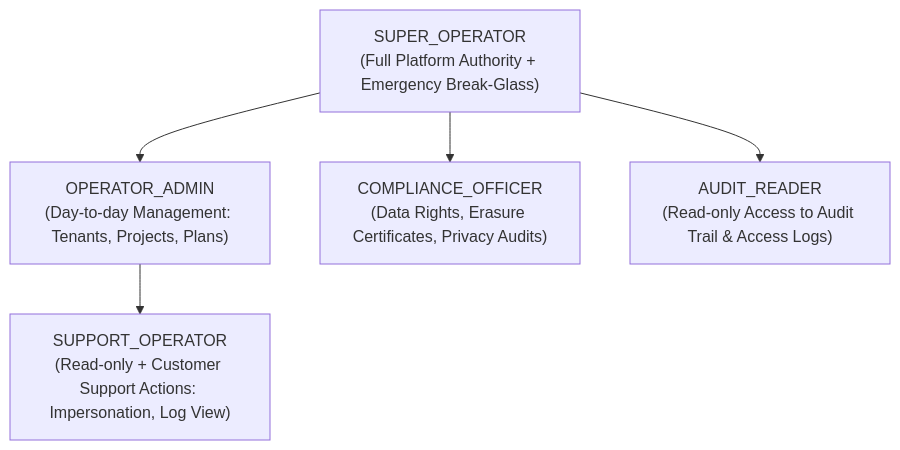
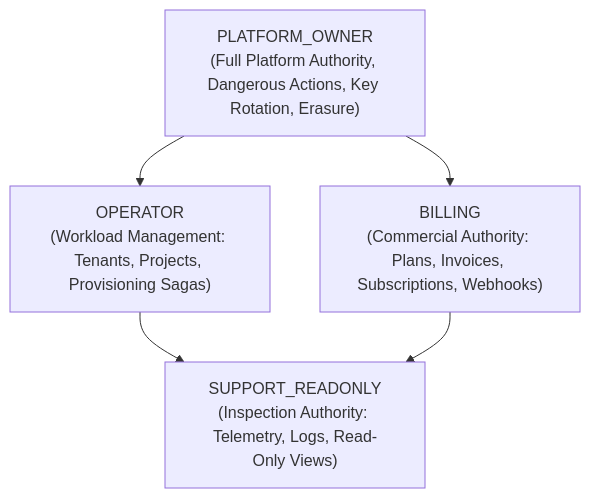
One commit to Nikhil-ig/OrbitoX-Platform changed the diagram in docs/ui-reset/phase-7c/06_PERMISSION_AND_SECURITY_MATRIX.md. Above: the diagram before and after it, drawn with Mermaid. The commit also changed other lines of this file and 9 other files, not shown here.

````diff
--- a/docs/ui-reset/phase-7c/06_PERMISSION_AND_SECURITY_MATRIX.md
+++ b/docs/ui-reset/phase-7c/06_PERMISSION_AND_SECURITY_MATRIX.md
@@ -15,13 +15,12 @@
 ```mermaid
 graph TD
-    SUPER["SUPER_OPERATOR\n(Full Platform Authority + Emergency Break-Glass)"]
-    OP_ADMIN["OPERATOR_ADMIN\n(Day-to-day Management: Tenants, Projects, Plans)"]
-    SUPPORT["SUPPORT_OPERATOR\n(Read-only + Customer Support Actions: Impersonation, Log View)"]
-    COMPLIANCE["COMPLIANCE_OFFICER\n(Data Rights, Erasure Certificates, Privacy Audits)"]
-    AUDIT_READ["AUDIT_READER\n(Read-only Access to Audit Trail & Access Logs)"]
+    OWNER["PLATFORM_OWNER\n(Full Platform Authority, Dangerous Actions, Key Rotation, Erasure)"]
+    OPERATOR["OPERATOR\n(Workload Management: Tenants, Projects, Provisioning Sagas)"]
+    BILLING["BILLING\n(Commercial Authority: Plans, Invoices, Subscriptions, Webhooks)"]
+    READONLY["SUPPORT_READONLY\n(Inspection Authority: Telemetry, Logs, Read-Only Views)"]
 
-    SUPER --> OP_ADMIN
-    OP_ADMIN --> SUPPORT
-    SUPER --> COMPLIANCE
-    SUPER --> AUDIT_READ
+    OWNER --> OPERATOR
+    OWNER --> BILLING
+    OPERATOR --> READONLY
+    BILLING --> READONLY
 ```
````
